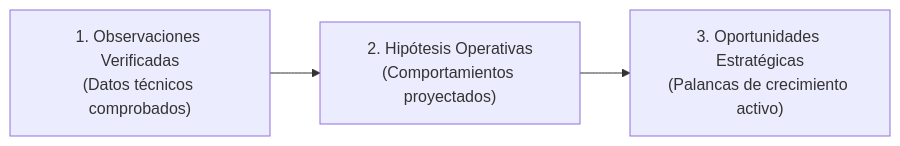
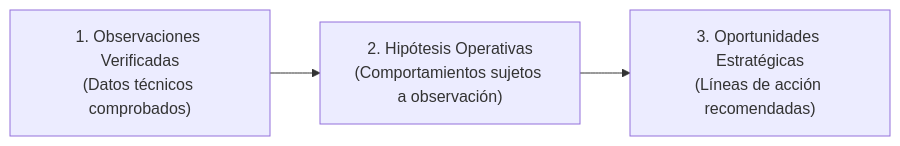
One commit to IsraelTorresIndustrial/Israel-Torres-Web changed the diagram in docs/seo/SEO-GROWTH-STRATEGY.md. Above: the diagram before and after it, drawn with Mermaid. The commit also changed other lines of this file and 5 other files, not shown here.

````diff
--- a/docs/seo/SEO-GROWTH-STRATEGY.md
+++ b/docs/seo/SEO-GROWTH-STRATEGY.md
@@ -129,5 +129,5 @@
 ```mermaid
 flowchart LR
-    A["1. Observaciones Verificadas<br>(Datos técnicos comprobados)"] --> B["2. Hipótesis Operativas<br>(Comportamientos proyectados)"]
-    B --> C["3. Oportunidades Estratégicas<br>(Palancas de crecimiento activo)"]
+    A["1. Observaciones Verificadas<br>(Datos técnicos comprobados)"] --> B["2. Hipótesis Operativas<br>(Comportamientos sujetos a observación)"]
+    B --> C["3. Oportunidades Estratégicas<br>(Líneas de acción recomendadas)"]
 ```
````
